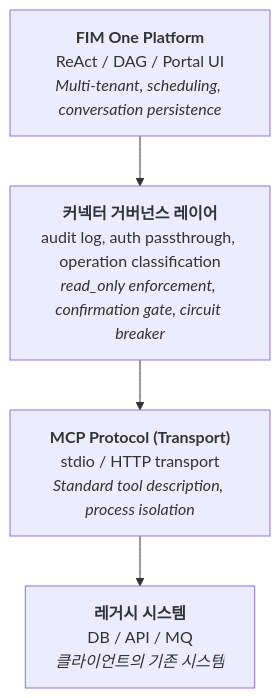
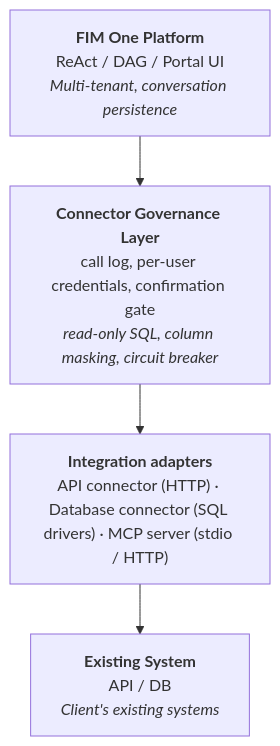
The second of 5 diagrams in docs/ko/architecture/connector-architecture.mdx (fim-ai/fim-one), drawn with Mermaid before and after one commit. The commit also changed other lines of this file and 280 other files, not shown here.

````diff
--- a/docs/ko/architecture/connector-architecture.mdx
+++ b/docs/ko/architecture/connector-architecture.mdx
@@ -44,9 +44,9 @@
 ```mermaid
 flowchart TB
-    A["<b>FIM One Platform</b><br/>ReAct / DAG / Portal UI<br/><i>Multi-tenant, scheduling, conversation persistence</i>"]
-    B["<b>커넥터 거버넌스 레이어</b><br/>audit log, auth passthrough, operation classification<br/><i>read_only enforcement, confirmation gate, circuit breaker</i>"]
-    C["<b>MCP Protocol (Transport)</b><br/>stdio / HTTP transport<br/><i>Standard tool description, process isolation</i>"]
-    D["<b>레거시 시스템</b><br/>DB / API / MQ<br/><i>클라이언트의 기존 시스템</i>"]
+    A["<b>FIM One Platform</b><br/>ReAct / DAG / Portal UI<br/><i>Multi-tenant, conversation persistence</i>"]
+    B["<b>Connector Governance Layer</b><br/>call log, per-user credentials, confirmation gate<br/><i>read-only SQL, column masking, circuit breaker</i>"]
+    C["<b>Integration adapters</b><br/>API connector (HTTP) · Database connector (SQL drivers) · MCP server (stdio / HTTP)"]
+    D["<b>Existing System</b><br/>API / DB<br/><i>Client's existing systems</i>"]
 
     A --> B --> C --> D
 ```
````
